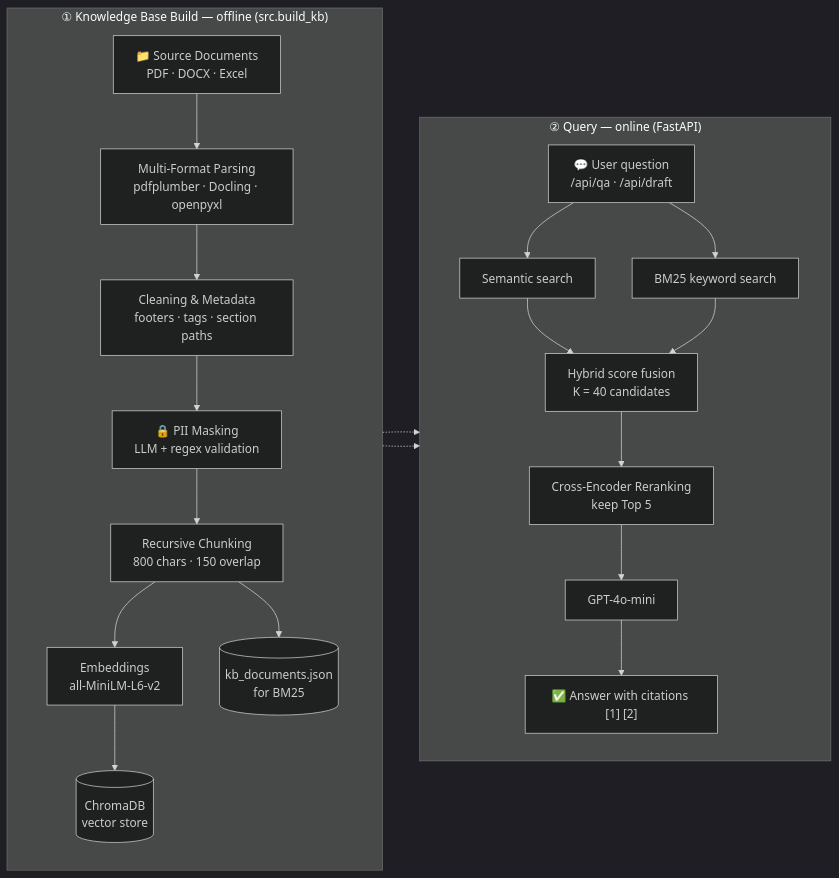
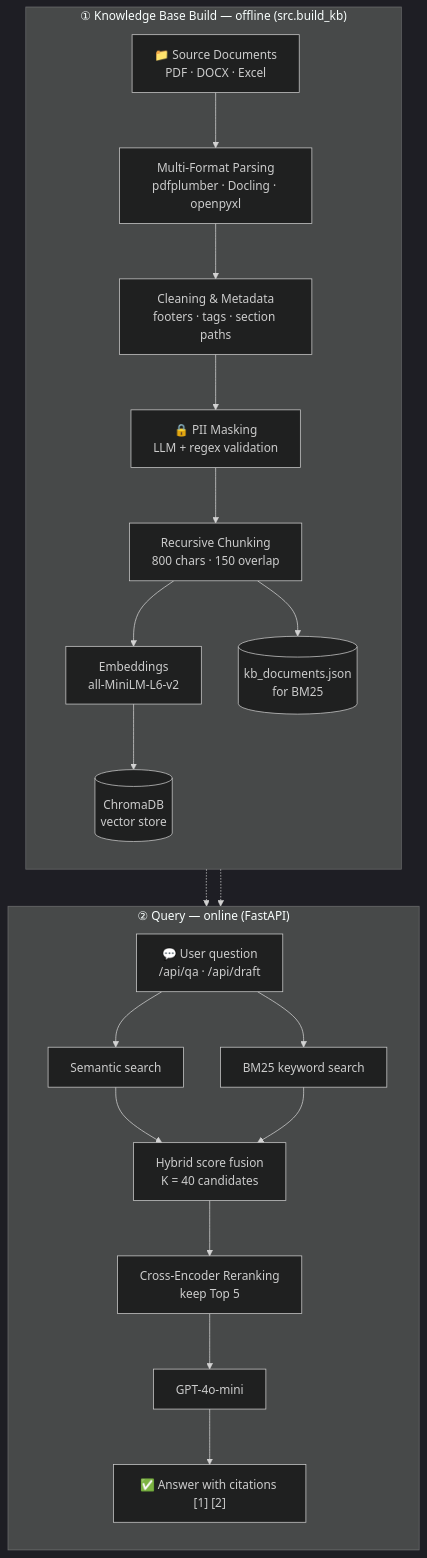
Before and after one commit to RahafAlrehaili/ProofSync: the diagram in README.MD, drawn with Mermaid (dark theme).

Commit message:
README: show architecture diagram vertically
Switch Mermaid flowchart from LR to TB for readability.

````diff
--- a/README.MD
+++ b/README.MD
@@ -31,35 +31,35 @@
 ```mermaid
-flowchart LR
+flowchart TB
     subgraph ING["① Knowledge Base Build — offline (src.build_kb)"]
         direction TB
         SRC["📁 Source Documents<br/>PDF · DOCX · Excel"]
         PARSE["Multi-Format Parsing<br/>pdfplumber · Docling · openpyxl"]
         CLEAN["Cleaning & Metadata<br/>footers · tags · section paths"]
         MASK["🔒 PII Masking<br/>LLM + regex validation"]
         CHUNK["Recursive Chunking<br/>800 chars · 150 overlap"]
         EMB["Embeddings<br/>all-MiniLM-L6-v2"]
         DB[("ChromaDB<br/>vector store")]
         JSON[("kb_documents.json<br/>for BM25")]
 
         SRC --> PARSE --> CLEAN --> MASK --> CHUNK
         CHUNK --> EMB --> DB
         CHUNK --> JSON
     end
 
     subgraph QRY["② Query — online (FastAPI)"]
         direction TB
         Q["💬 User question<br/>/api/qa · /api/draft"]
         SEM["Semantic search"]
         BM["BM25 keyword search"]
         HYB["Hybrid score fusion<br/>K = 40 candidates"]
         RR["Cross-Encoder Reranking<br/>keep Top 5"]
         LLM["GPT-4o-mini"]
         ANS["✅ Answer with citations [1] [2]"]
 
         Q --> SEM & BM
         SEM & BM --> HYB --> RR --> LLM --> ANS
     end
 
     DB -.-> SEM
     JSON -.-> BM
 ```
````
